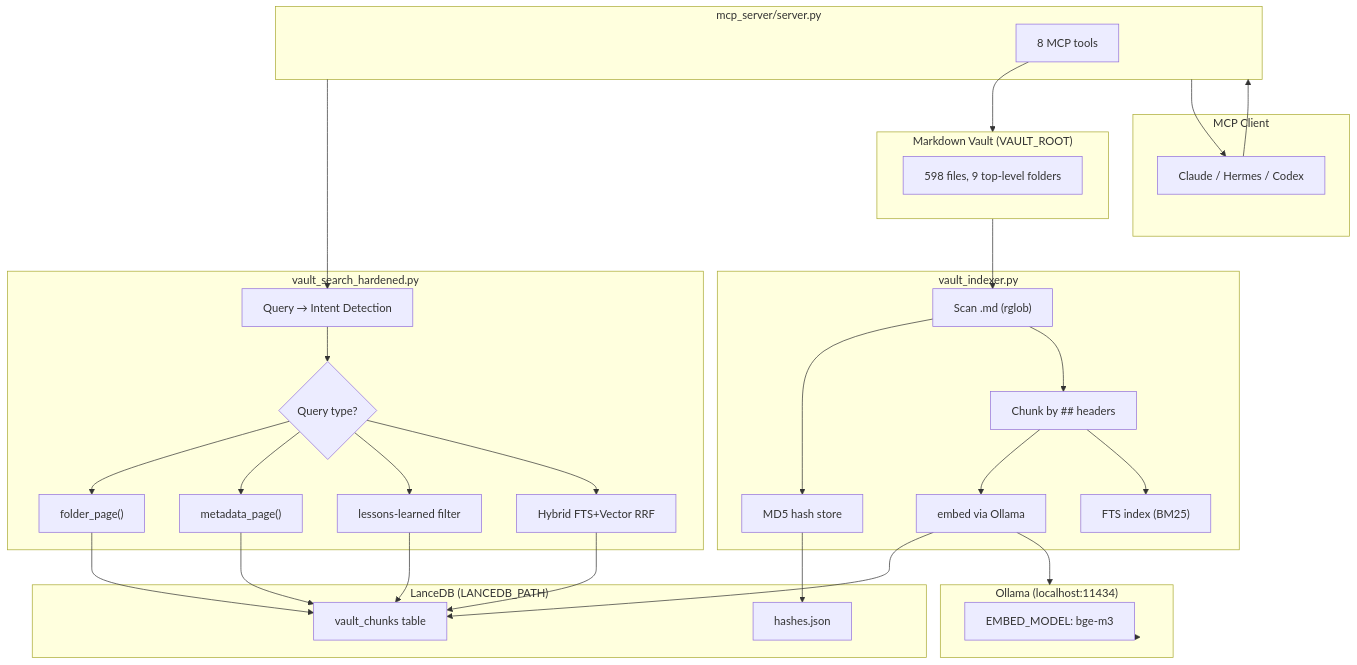
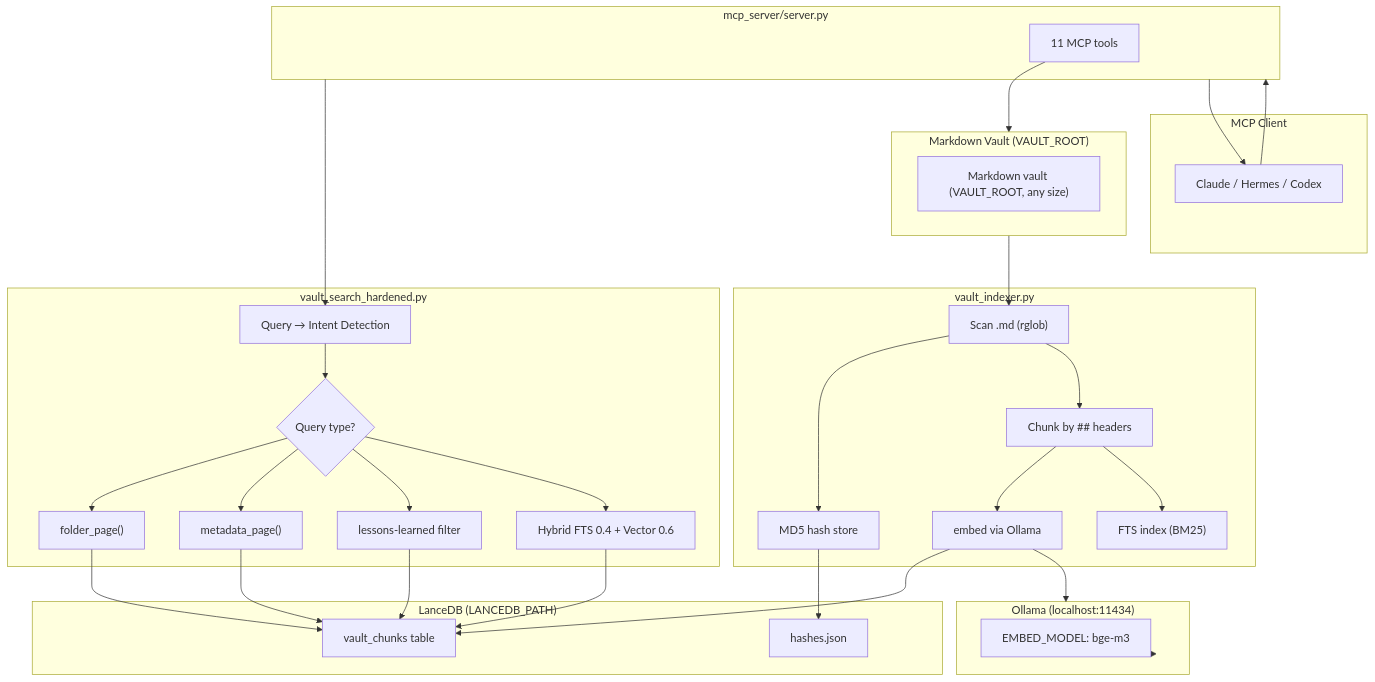
The first of 2 diagrams in README.md (brodewa369/roowet-semantic-vault-search), drawn with Mermaid before and after one commit. The commit also changed other lines of this file, not shown here.

````diff
--- a/README.md
+++ b/README.md
@@ -72,65 +74,65 @@
 ```mermaid
 graph TB
     subgraph Vault["Markdown Vault (VAULT_ROOT)"]
-        MD["598 files, 9 top-level folders"]
+        MD["Markdown vault (VAULT_ROOT, any size)"]
     end
 
     subgraph Indexer["vault_indexer.py"]
         SCAN["Scan .md (rglob)"]
         HASH["MD5 hash store"]
         CHUNK["Chunk by ## headers"]
         EMBED["embed via Ollama"]
         FTS["FTS index (BM25)"]
     end
 
     subgraph Store["LanceDB (LANCEDB_PATH)"]
         LANCE["vault_chunks table"]
         HASHJSON["hashes.json"]
     end
 
     subgraph Ollama["Ollama (localhost:11434)"]
         MODEL["EMBED_MODEL: bge-m3"]
     end
 
     subgraph Search["vault_search_hardened.py"]
         INTENT["Query → Intent Detection"]
         ROUTE{"Query type?"}
         FOLDER["folder_page()"]
         META["metadata_page()"]
         LESSON["lessons-learned filter"]
-        HYBRID["Hybrid FTS+Vector RRF"]
+        HYBRID["Hybrid FTS 0.4 + Vector 0.6"]
     end
 
     subgraph MCP_Server["mcp_server/server.py"]
-        TOOLS["8 MCP tools"]
+        TOOLS["11 MCP tools"]
     end
 
     subgraph Client["MCP Client"]
         AGENT["Claude / Hermes / Codex"]
     end
 
     Vault --> SCAN
     SCAN --> HASH
     SCAN --> CHUNK
     CHUNK --> EMBED
     CHUNK --> FTS
     EMBED --> Ollama
     Ollama --> MODEL
     EMBED --> LANCE
     HASH --> HASHJSON
 
     AGENT --> MCP_Server
     MCP_Server --> INTENT
     INTENT --> ROUTE
     ROUTE --> FOLDER
     ROUTE --> META
     ROUTE --> LESSON
     ROUTE --> HYBRID
     FOLDER --> LANCE
     META --> LANCE
     LESSON --> LANCE
     HYBRID --> LANCE
 
     TOOLS --> Vault
     MCP_Server --> AGENT
 ```
````
